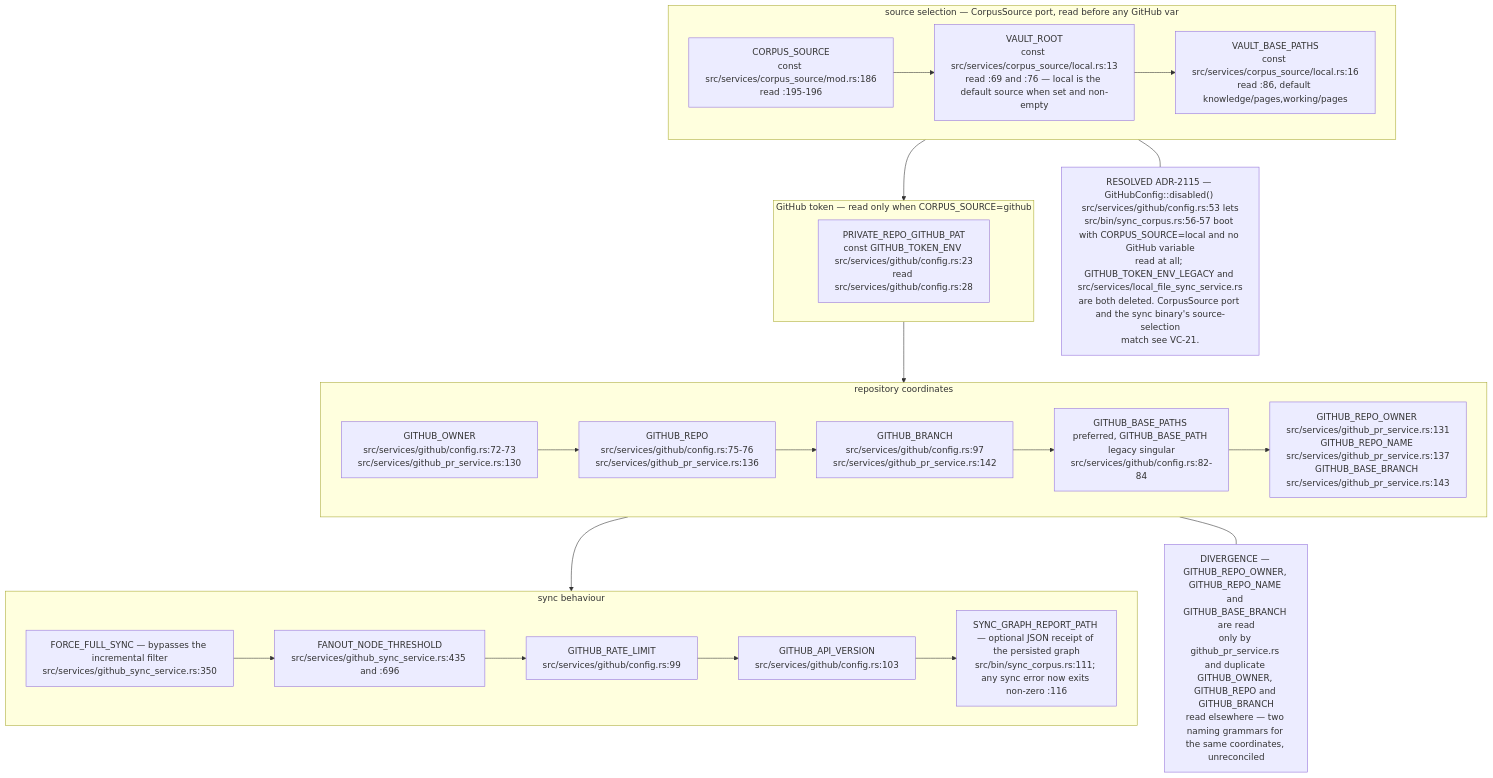
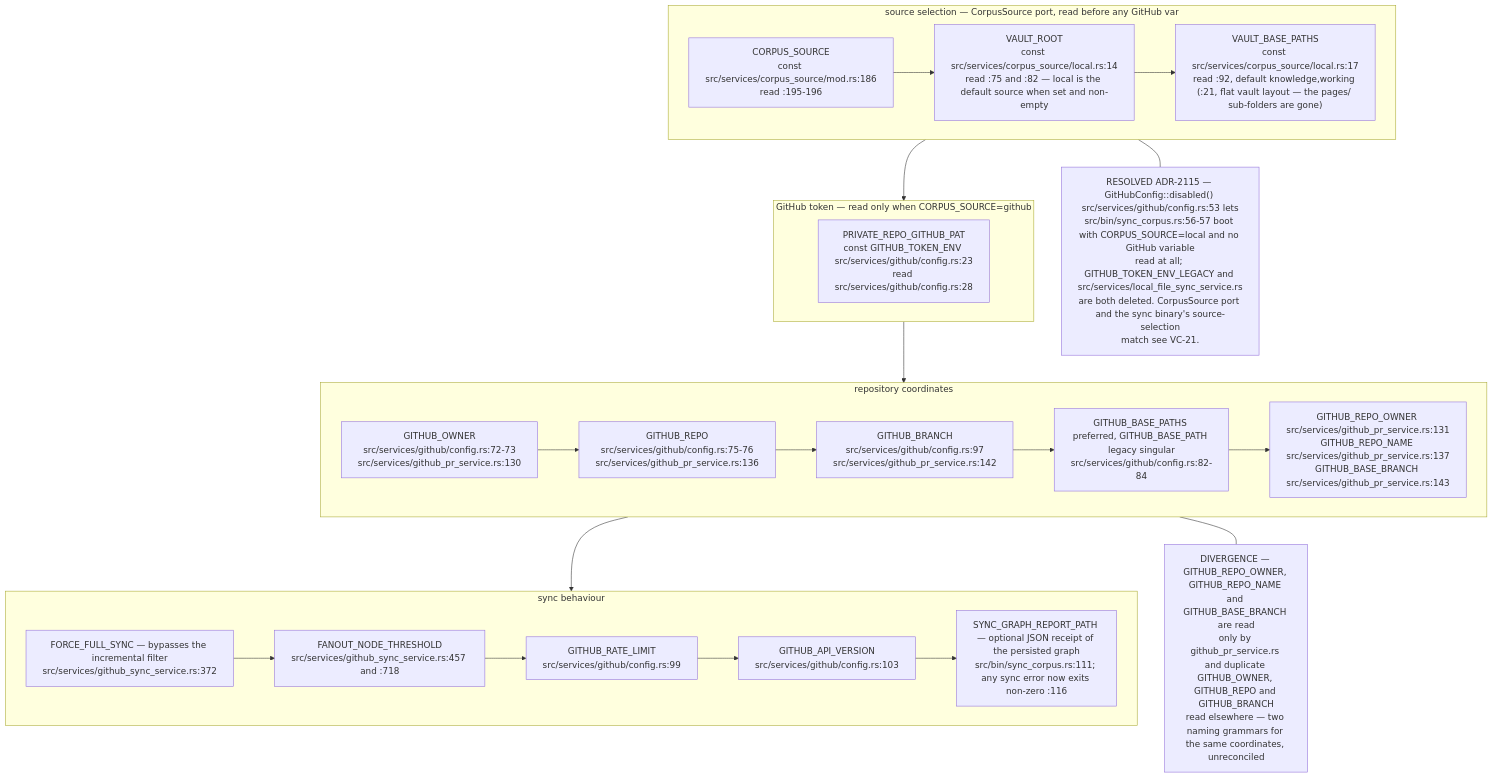
One commit to DreamLab-AI/VisionFlow changed diagram 11 of 16 in docs/diagrams/visionclaw/09-config-and-env-flags.md. Above: the diagram before and after it, drawn with Mermaid. The commit also changed other lines of this file and 160 other files, not shown here.

````diff
--- a/docs/diagrams/visionclaw/09-config-and-env-flags.md
+++ b/docs/diagrams/visionclaw/09-config-and-env-flags.md
@@ -450,20 +454,20 @@
 ```mermaid
 flowchart TB
     subgraph SEL["source selection — CorpusSource port, read before any GitHub var"]
-        C1["CORPUS_SOURCE<br/>const src/services/corpus_source/mod.rs:186<br/>read :195-196"] --> C2["VAULT_ROOT<br/>const src/services/corpus_source/local.rs:13<br/>read :69 and :76 — local is the default source when set and non-empty"] --> C3["VAULT_BASE_PATHS<br/>const src/services/corpus_source/local.rs:16<br/>read :86, default knowledge/pages,working/pages"]
+        C1["CORPUS_SOURCE<br/>const src/services/corpus_source/mod.rs:186<br/>read :195-196"] --> C2["VAULT_ROOT<br/>const src/services/corpus_source/local.rs:14<br/>read :75 and :82 — local is the default source when set and non-empty"] --> C3["VAULT_BASE_PATHS<br/>const src/services/corpus_source/local.rs:17<br/>read :92, default knowledge,working (:21, flat vault layout — the pages/ sub-folders are gone)"]
     end
     subgraph TOK["GitHub token — read only when CORPUS_SOURCE=github"]
         T1["PRIVATE_REPO_GITHUB_PAT<br/>const GITHUB_TOKEN_ENV src/services/github/config.rs:23<br/>read src/services/github/config.rs:28"]
     end
     subgraph LOC["repository coordinates"]
         L1["GITHUB_OWNER<br/>src/services/github/config.rs:72-73<br/>src/services/github_pr_service.rs:130"] --> L2["GITHUB_REPO<br/>src/services/github/config.rs:75-76<br/>src/services/github_pr_service.rs:136"] --> L3["GITHUB_BRANCH<br/>src/services/github/config.rs:97<br/>src/services/github_pr_service.rs:142"] --> L4["GITHUB_BASE_PATHS preferred, GITHUB_BASE_PATH legacy singular<br/>src/services/github/config.rs:82-84"] --> L5["GITHUB_REPO_OWNER src/services/github_pr_service.rs:131<br/>GITHUB_REPO_NAME src/services/github_pr_service.rs:137<br/>GITHUB_BASE_BRANCH src/services/github_pr_service.rs:143"]
     end
     subgraph BEHAV["sync behaviour"]
-        B1["FORCE_FULL_SYNC — bypasses the incremental filter<br/>src/services/github_sync_service.rs:350"] --> B2["FANOUT_NODE_THRESHOLD<br/>src/services/github_sync_service.rs:435 and :696"] --> B3["GITHUB_RATE_LIMIT<br/>src/services/github/config.rs:99"] --> B4["GITHUB_API_VERSION<br/>src/services/github/config.rs:103"] --> B5["SYNC_GRAPH_REPORT_PATH — optional JSON receipt of the persisted graph<br/>src/bin/sync_corpus.rs:111; any sync error now exits non-zero :116"]
+        B1["FORCE_FULL_SYNC — bypasses the incremental filter<br/>src/services/github_sync_service.rs:372"] --> B2["FANOUT_NODE_THRESHOLD<br/>src/services/github_sync_service.rs:457 and :718"] --> B3["GITHUB_RATE_LIMIT<br/>src/services/github/config.rs:99"] --> B4["GITHUB_API_VERSION<br/>src/services/github/config.rs:103"] --> B5["SYNC_GRAPH_REPORT_PATH — optional JSON receipt of the persisted graph<br/>src/bin/sync_corpus.rs:111; any sync error now exits non-zero :116"]
     end
     SEL --> TOK --> LOC --> BEHAV
     N4["DIVERGENCE — GITHUB_REPO_OWNER, GITHUB_REPO_NAME and GITHUB_BASE_BRANCH are read<br/>only by github_pr_service.rs and duplicate GITHUB_OWNER, GITHUB_REPO and GITHUB_BRANCH<br/>read elsewhere — two naming grammars for the same coordinates, unreconciled"]
     LOC --- N4
     N5["RESOLVED ADR-2115 — GitHubConfig::disabled() src/services/github/config.rs:53 lets<br/>src/bin/sync_corpus.rs:56-57 boot with CORPUS_SOURCE=local and no GitHub variable<br/>read at all; GITHUB_TOKEN_ENV_LEGACY and src/services/local_file_sync_service.rs<br/>are both deleted. CorpusSource port and the sync binary's source-selection<br/>match see VC-21."]
     SEL --- N5
 ```
````
